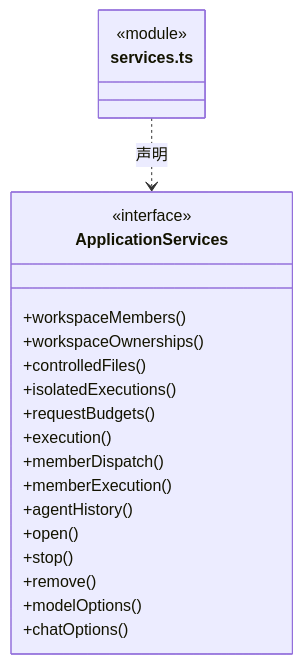
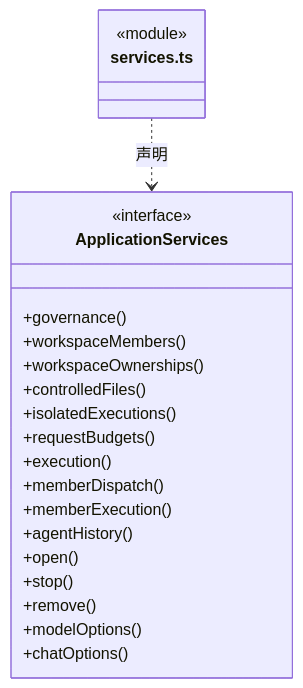
One commit to nan023062/cbim changed the third of 4 diagrams in src/backend/main/ipc/ARCHITECTURE.md. Above: the diagram before and after it, drawn with Mermaid. The commit also changed other lines of this file and 81 other files, not shown here.

````diff
--- a/src/backend/main/ipc/ARCHITECTURE.md
+++ b/src/backend/main/ipc/ARCHITECTURE.md
@@ -63,24 +63,25 @@
 ```mermaid
 classDiagram
 class N_src_backend_main_ipc_services_ts["services.ts"] {
   <<module>>
 }
 class N_src_backend_main_ipc_services_ts_ApplicationServices["ApplicationServices"] {
   <<interface>>
+  +governance()
   +workspaceMembers()
   +workspaceOwnerships()
   +controlledFiles()
   +isolatedExecutions()
   +requestBudgets()
   +execution()
   +memberDispatch()
   +memberExecution()
   +agentHistory()
   +open()
   +stop()
   +remove()
   +modelOptions()
   +chatOptions()
 }
 N_src_backend_main_ipc_services_ts ..> N_src_backend_main_ipc_services_ts_ApplicationServices : 声明
 ```
````
